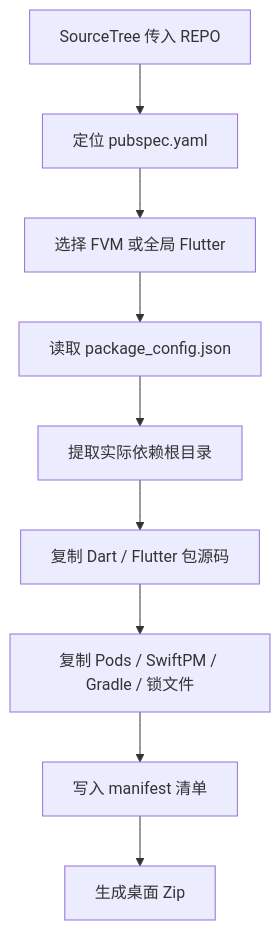
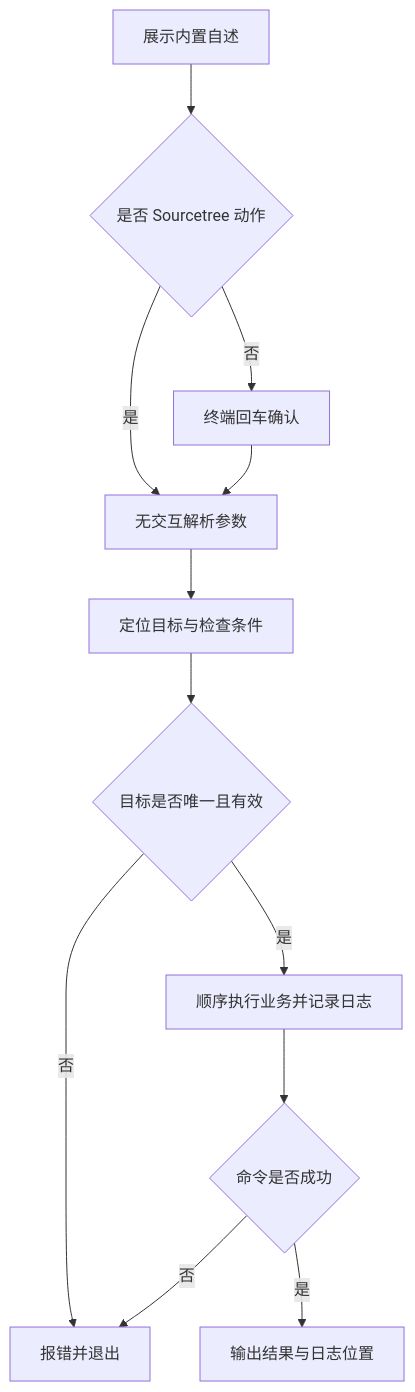
The diagram in 【MacOS@SourceTree】⚙️收集当前Flutter工程的依赖.command/README.md (JobsKits/SourceTree.sh), drawn with Mermaid before and after one commit. The commit also changed other lines of this file and 65 other files, not shown here.

````diff
--- a/【MacOS@SourceTree】⚙️收集当前Flutter工程的依赖.command/README.md
+++ b/【MacOS@SourceTree】⚙️收集当前Flutter工程的依赖.command/README.md
@@ -87,11 +61,14 @@
 ```mermaid
 flowchart TD
-    A[SourceTree 传入 REPO] --> B[定位 pubspec.yaml]
-    B --> C[选择 FVM 或全局 Flutter]
-    C --> D[读取 package_config.json]
-    D --> E[提取实际依赖根目录]
-    E --> F[复制 Dart / Flutter 包源码]
-    F --> G[复制 Pods / SwiftPM / Gradle / 锁文件]
-    G --> H[写入 manifest 清单]
-    H --> I[生成桌面 Zip]
+    A[展示内置自述] --> B{是否 Sourcetree 动作}
+    B -->|是| C[无交互解析参数]
+    B -->|否| D[终端回车确认]
+    D --> C
+    C --> E[定位目标与检查条件]
+    E --> F{目标是否唯一且有效}
+    F -->|否| G[报错并退出]
+    F -->|是| H[顺序执行业务并记录日志]
+    H --> I{命令是否成功}
+    I -->|否| G
+    I -->|是| J[输出结果与日志位置]
 ```
````
